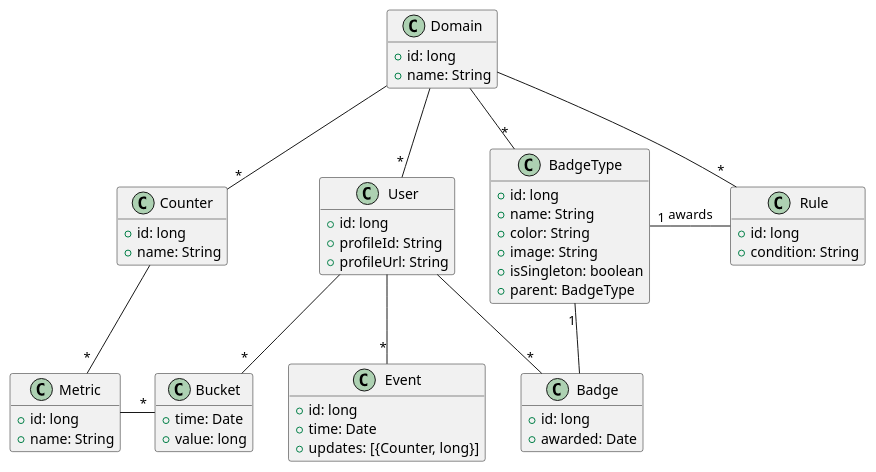
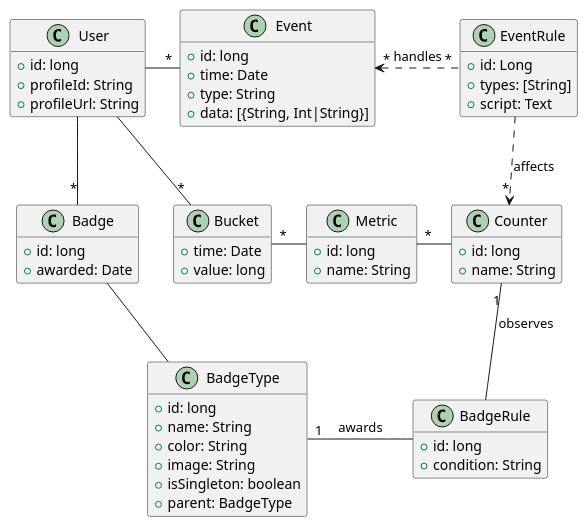
Before and after one commit to ltouroumov/amt-g4mify: the diagram in docs/models.puml, drawn with PlantUML. The commit also changed 26 other files, not shown here.

```diff
--- a/docs/models.puml
+++ b/docs/models.puml
@@ -1,73 +1,74 @@
 @startuml
 
 hide empty methods
-
-class Domain {
-    + id: long
-    + name: String
-}
-
-Domain -- "*" User
-Domain -- "*" Counter
-Domain -- "*" BadgeType
-Domain -- "*" Rule
 
 class User {
     + id: long
     + profileId: String
     + profileUrl: String
 }
 
 User -- "*" Bucket
-User -- "*" Event
+User - "*" Event
 User -- "*" Badge
 
 class Counter {
     + id: long
     + name: String
 }
 
-Counter -- "*" Metric
+Metric "*" - Counter
 
 class Metric {
     + id: long
     + name: String
 }
 
-Metric - "*" Bucket
+Bucket "*" - Metric
 
 class Bucket {
     + time: Date
     + value: long
 }
 
 class BadgeType {
     + id: long
     + name: String
     + color: String
     + image: String
     + isSingleton: boolean
     + parent: BadgeType
 }
 
-BadgeType "1" -- Badge
+Badge -- BadgeType
 
 class Badge {
     + id: long
     + awarded: Date
 }
 
-class Rule {
+class BadgeRule {
     + id: long
     + condition: String
 }
 
-BadgeType "1" - Rule : "awards"
+BadgeType "1" - BadgeRule : "awards"
+Counter "1" -- BadgeRule : "observes"
+
+class EventRule {
+    + id: Long
+    + types: [String]
+    + script: Text
+}
+
+Event "*" <. "*" EventRule : "handles"
+EventRule ..> "*" Counter : "affects"
 
 class Event {
     + id: long
     + time: Date
-    + updates: [{Counter, long}]
+    + type: String
+    + data: [{String, Int|String}]
 }
 
 @enduml
```
